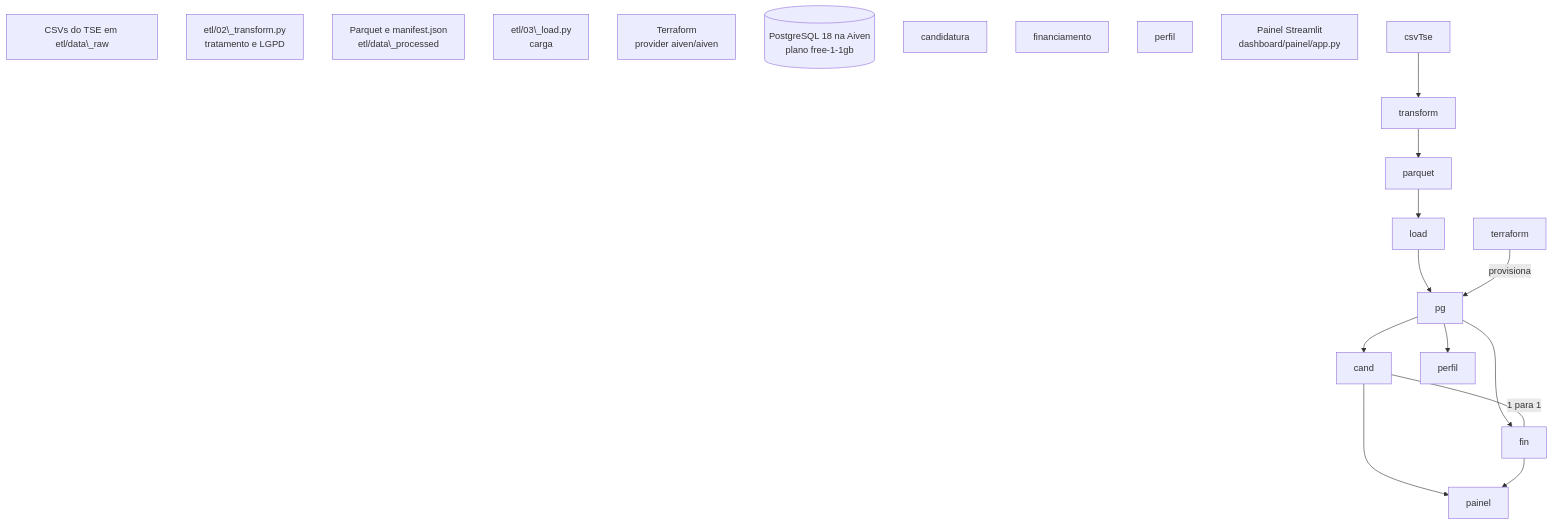
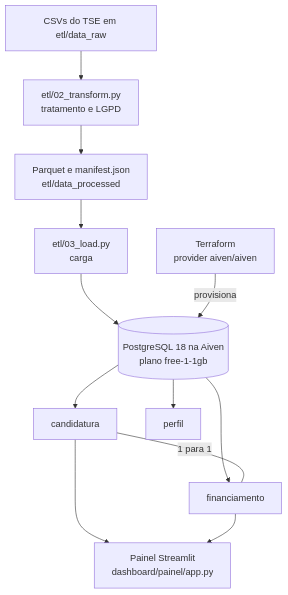
One commit to JPedro-Santana/Big-Data-TSE changed the diagram in README.md. Above: the diagram before and after it, drawn with Mermaid. The commit also changed other lines of this file, not shown here.

Commit message:
Corrige caracteres escapados no README (diagrama e comandos)

````diff
--- a/README.md
+++ b/README.md
@@ -24,22 +14,22 @@
 ```mermaid
 flowchart TD
-  csvTse\[CSVs do TSE em etl/data\_raw]
-  transform\[etl/02\_transform.py<br/>tratamento e LGPD]
-  parquet\[Parquet e manifest.json<br/>etl/data\_processed]
-  load\[etl/03\_load.py<br/>carga]
-  terraform\[Terraform<br/>provider aiven/aiven]
-  pg\[(PostgreSQL 18 na Aiven<br/>plano free-1-1gb)]
-  cand\[candidatura]
-  fin\[financiamento]
-  perfil\[perfil]
-  painel\[Painel Streamlit<br/>dashboard/painel/app.py]
+  csvTse[CSVs do TSE em etl/data_raw]
+  transform[etl/02_transform.py<br/>tratamento e LGPD]
+  parquet[Parquet e manifest.json<br/>etl/data_processed]
+  load[etl/03_load.py<br/>carga]
+  terraform[Terraform<br/>provider aiven/aiven]
+  pg[(PostgreSQL 18 na Aiven<br/>plano free-1-1gb)]
+  cand[candidatura]
+  fin[financiamento]
+  perfil[perfil]
+  painel[Painel Streamlit<br/>dashboard/painel/app.py]
 
   csvTse --> transform --> parquet --> load --> pg
   terraform -->|provisiona| pg
   pg --> cand
   pg --> fin
   pg --> perfil
   cand ---|1 para 1| fin
   cand --> painel
   fin --> painel
 ```
````
